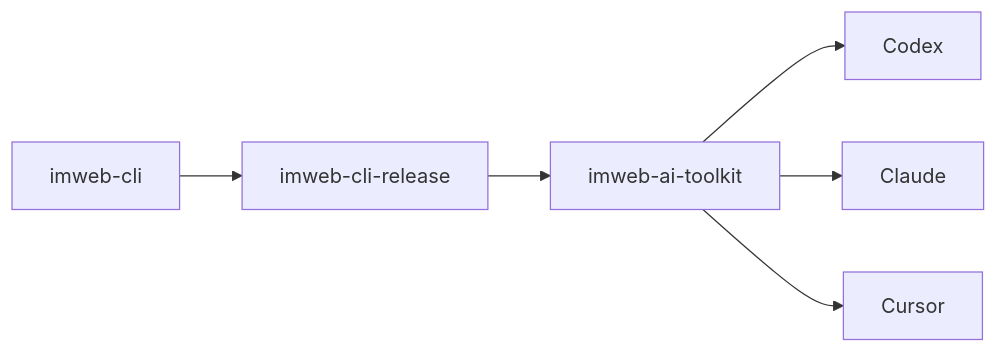
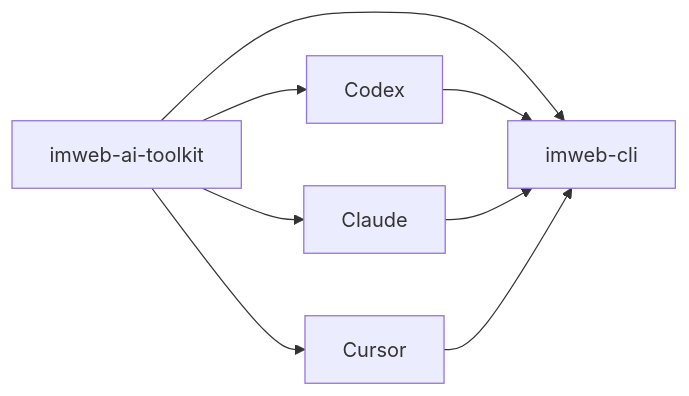
One commit to imwebme/imweb-ai-toolkit changed the diagram in README.ja.md. Above: the diagram before and after it, drawn with Mermaid. The commit also changed other lines of this file and 3 other files, not shown here.

````diff
--- a/README.ja.md
+++ b/README.ja.md
@@ -7,8 +7,10 @@
 ```mermaid
 flowchart LR
-  CLI["imweb-cli"] --> Release["imweb-cli-release"]
-  Release --> Toolkit["imweb-ai-toolkit"]
+  Toolkit["imweb-ai-toolkit"] --> CLI["imweb-cli"]
   Toolkit --> Codex["Codex"]
   Toolkit --> Claude["Claude"]
   Toolkit --> Cursor["Cursor"]
+  Codex --> CLI
+  Claude --> CLI
+  Cursor --> CLI
 ```
````
